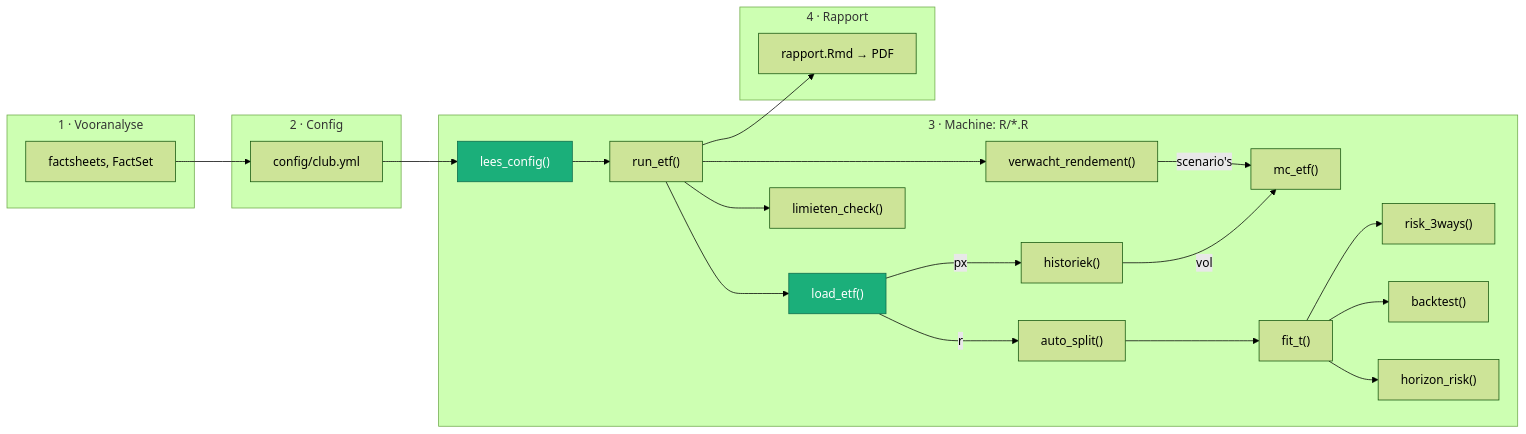
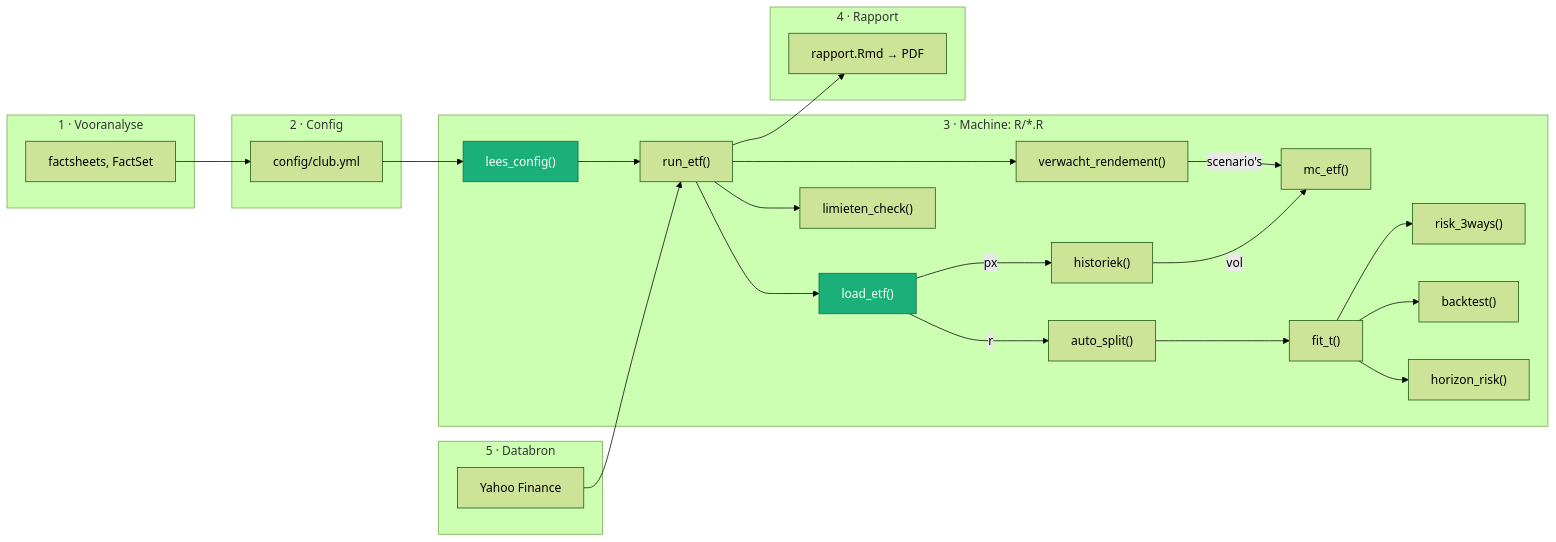
The diagram in LOG.md (batistedecat/etf-model-1), drawn with Mermaid (forest theme) before and after one commit.

Commit message:
Add Yahoo Finance data source to LOG.md

````diff
--- a/LOG.md
+++ b/LOG.md
@@ -37,39 +37,43 @@
 ```mermaid
 flowchart LR
   subgraph A["1 · Vooranalyse"]
     S["factsheets, FactSet"]
   end
   subgraph B["2 · Config"]
     Y["config/club.yml"]
   end
   subgraph C["3 · Machine: R/*.R"]
     LC["lees_config()"]
     RE["run_etf()"]
     LE["load_etf()"]
     HI["historiek()"]
     VR["verwacht_rendement()"]
     MC["mc_etf()"]
     AS["auto_split()"]
     FT["fit_t()"]
     RK["risk_3ways()"]
     BT["backtest()"]
     HR["horizon_risk()"]
     LM["limieten_check()"]
   end
   subgraph D["4 · Rapport"]
     RP["rapport.Rmd → PDF"]
   end
+  subgraph E["5 · Databron"]
+    YH["Yahoo Finance"]
+  end
   S --> Y --> LC --> RE
   RE --> LE
   LE -->|px| HI
+  YH --> RE
   RE --> VR -->|scenario's| MC
   HI -->|vol| MC
   LE -->|r| AS --> FT
   FT --> RK
   FT --> BT
   FT --> HR
   RE --> LM
   RE --> RP
   classDef klaar fill:#1BAF7A,color:#fff,stroke:#0d6b4a
   class LC,LE klaar
 ```
````
